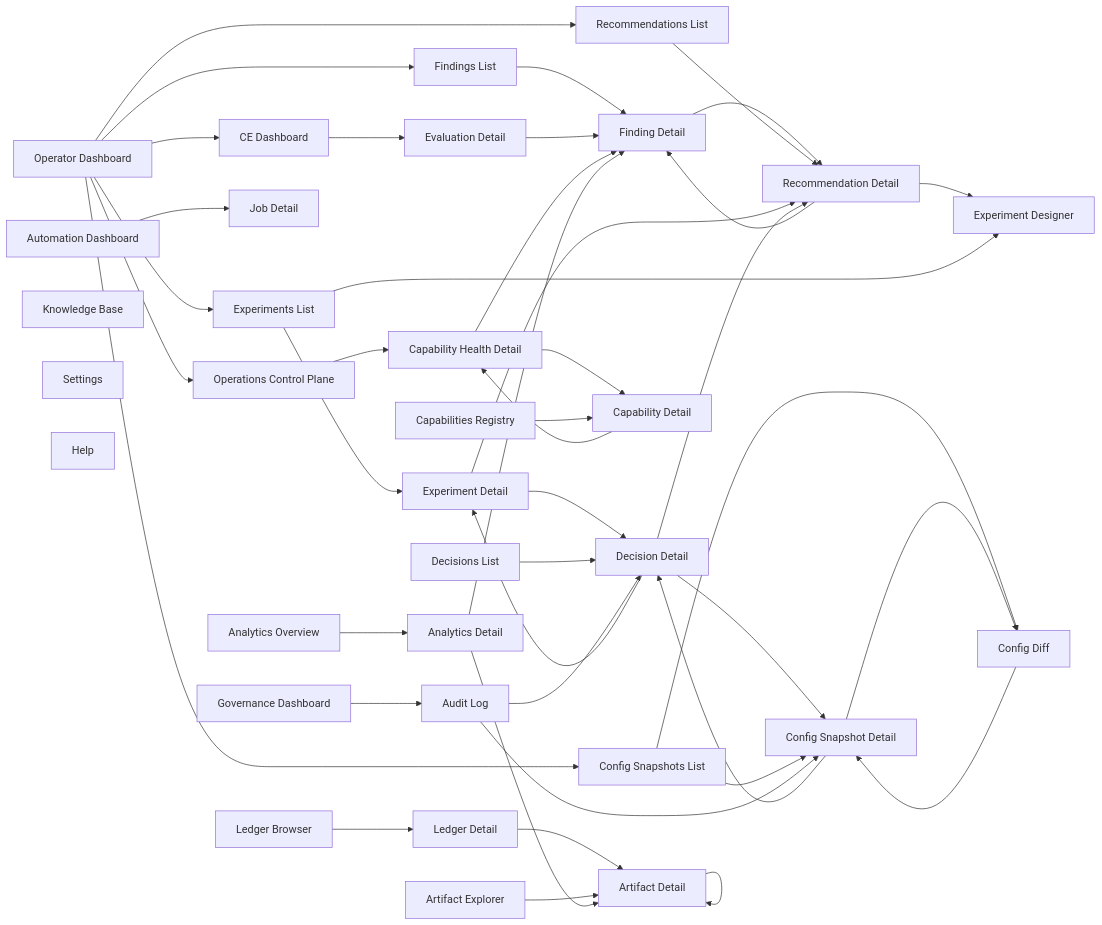
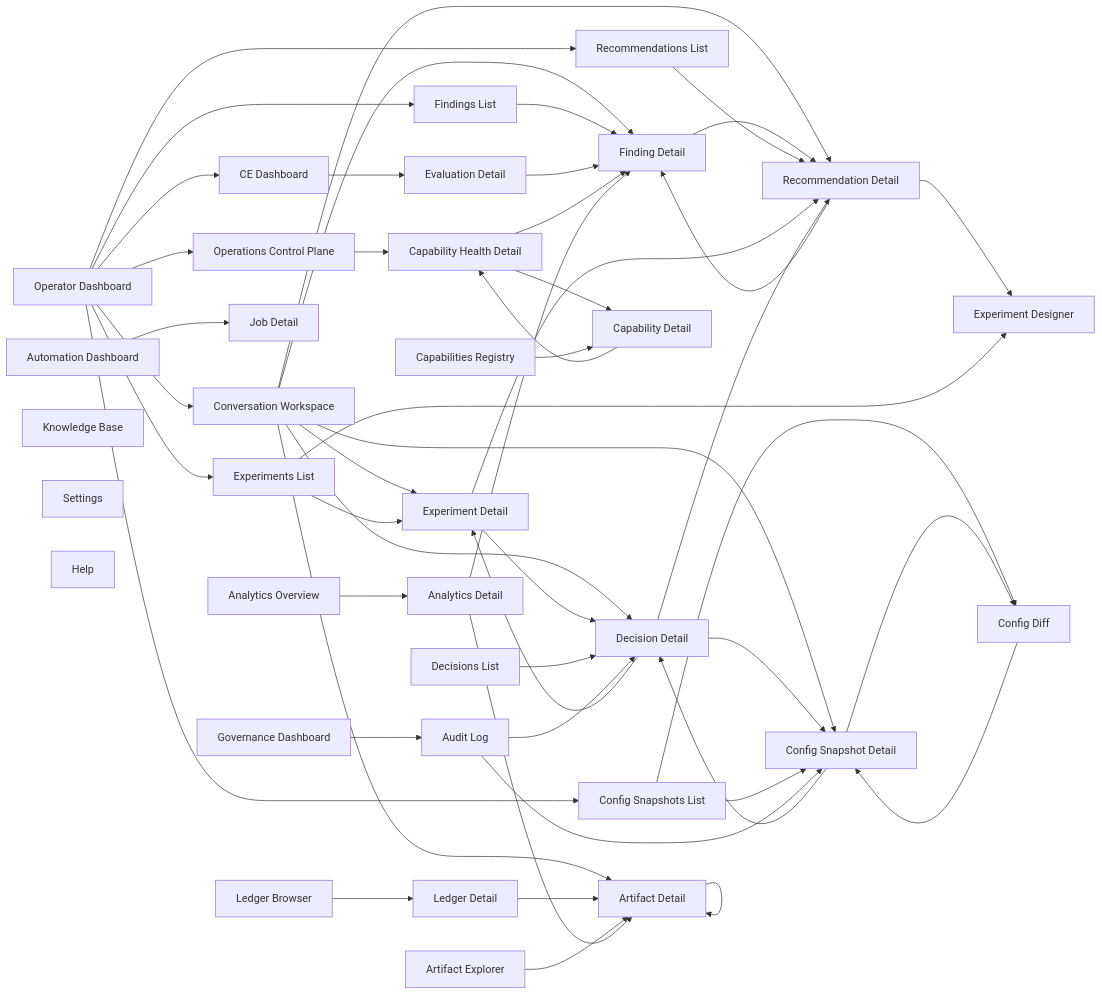
The second of 2 diagrams in design/05-screen-inventory.md (lightsspeed/own-gpt), drawn with Mermaid before and after one commit. The commit also changed other lines of this file and 6 other files, not shown here.

First line of the commit message:
release: architecture patch v1.0

````diff
--- a/design/05-screen-inventory.md
+++ b/design/05-screen-inventory.md
@@ -963,6 +995,7 @@
 ```mermaid
 graph LR
     DASH["Operator Dashboard"]
+    CONV["Conversation Workspace"]
     FI["Findings List"]
     FIDET["Finding Detail"]
     REC["Recommendations List"]
@@ -995,12 +1028,20 @@
     SETT["Settings"]
     HELP["Help"]
 
+    DASH --> CONV
     DASH --> FI
     DASH --> REC
     DASH --> EXP
     DASH --> CFG
     DASH --> CE
     DASH --> OPS
+
+    CONV --> FIDET
+    CONV --> RECDET
+    CONV --> EXPDET
+    CONV --> DECDET
+    CONV --> CFGDET
+    CONV --> ARTDET
 
     FI --> FIDET
     FIDET --> RECDET
````
